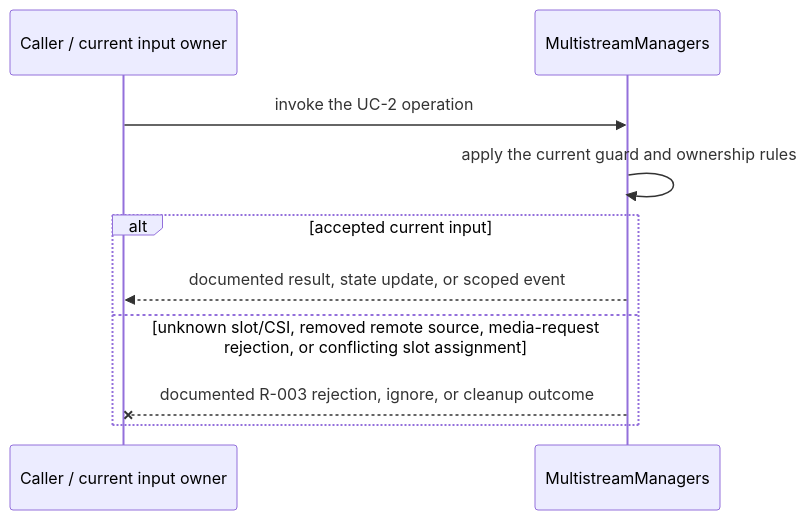
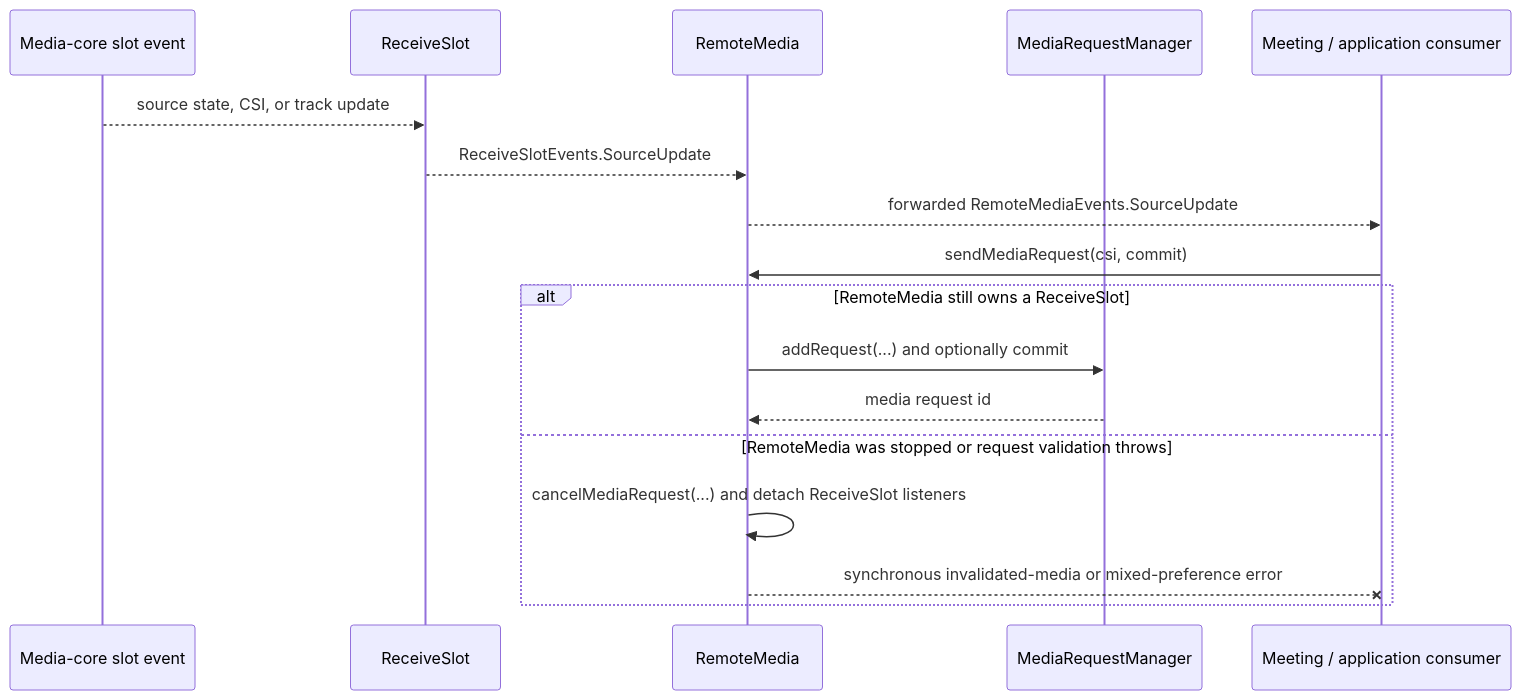
The third of 5 diagrams in packages/@webex/plugin-meetings/src/multistream/ai-docs/multistream-spec.md (webex/webex-js-sdk), drawn with Mermaid before and after one commit. The commit also changed other lines of this file and 24 other files, not shown here.

````diff
--- a/packages/@webex/plugin-meetings/src/multistream/ai-docs/multistream-spec.md
+++ b/packages/@webex/plugin-meetings/src/multistream/ai-docs/multistream-spec.md
@@ -149,12 +174,19 @@
 ```mermaid
 sequenceDiagram
-  participant C as Caller / current input owner
-  participant M as MultistreamManagers
-  C->>M: invoke the UC-2 operation
-  M->>M: apply the current guard and ownership rules
-  alt accepted current input
-    M-->>C: documented result, state update, or scoped event
-  else unknown slot/CSI, removed remote source, media-request rejection, or conflicting slot assignment
-    M--xC: documented R-003 rejection, ignore, or cleanup outcome
+  participant C as Media-core slot event
+  participant S as ReceiveSlot
+  participant R as RemoteMedia
+  participant Q as MediaRequestManager
+  participant A as Meeting / application consumer
+  C-->>S: source state, CSI, or track update
+  S-->>R: ReceiveSlotEvents.SourceUpdate
+  R-->>A: forwarded RemoteMediaEvents.SourceUpdate
+  A->>R: sendMediaRequest(csi, commit)
+  alt RemoteMedia still owns a ReceiveSlot
+    R->>Q: addRequest(...) and optionally commit
+    Q-->>R: media request id
+  else RemoteMedia was stopped or request validation throws
+    R->>R: cancelMediaRequest(...) and detach ReceiveSlot listeners
+    R--xA: synchronous invalidated-media or mixed-preference error
   end
 ```
````
